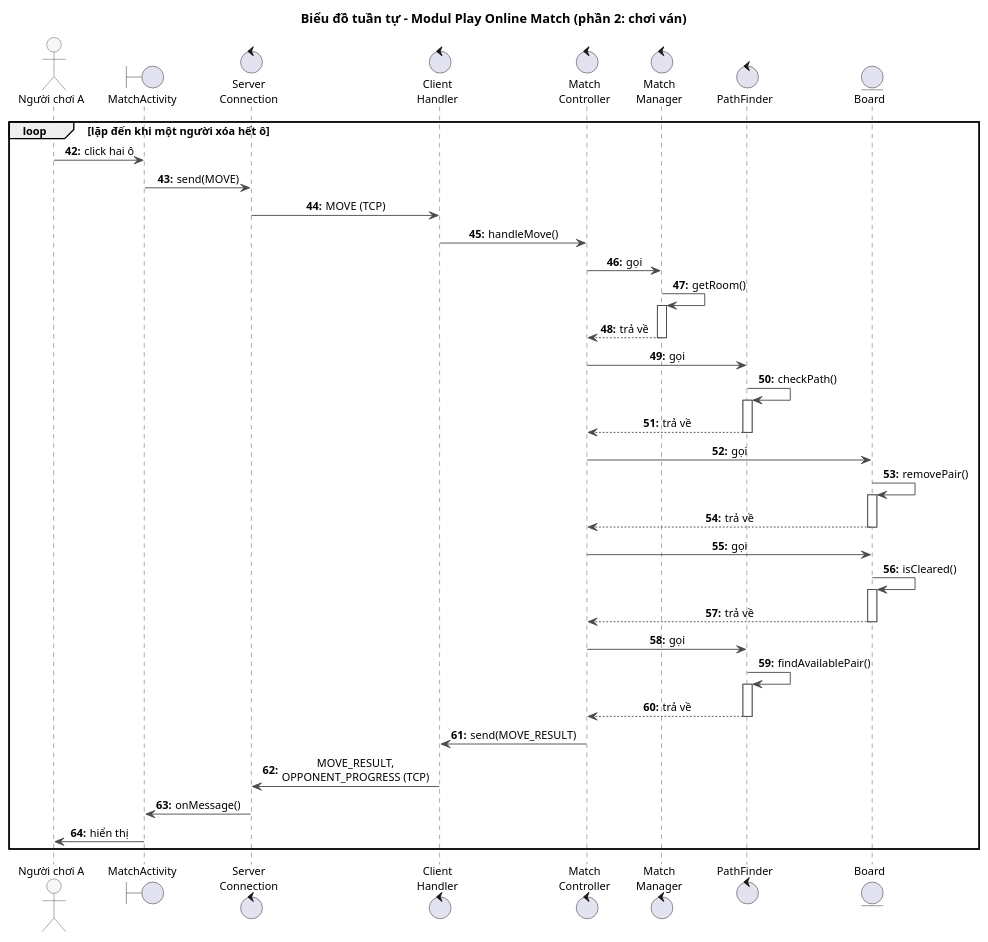
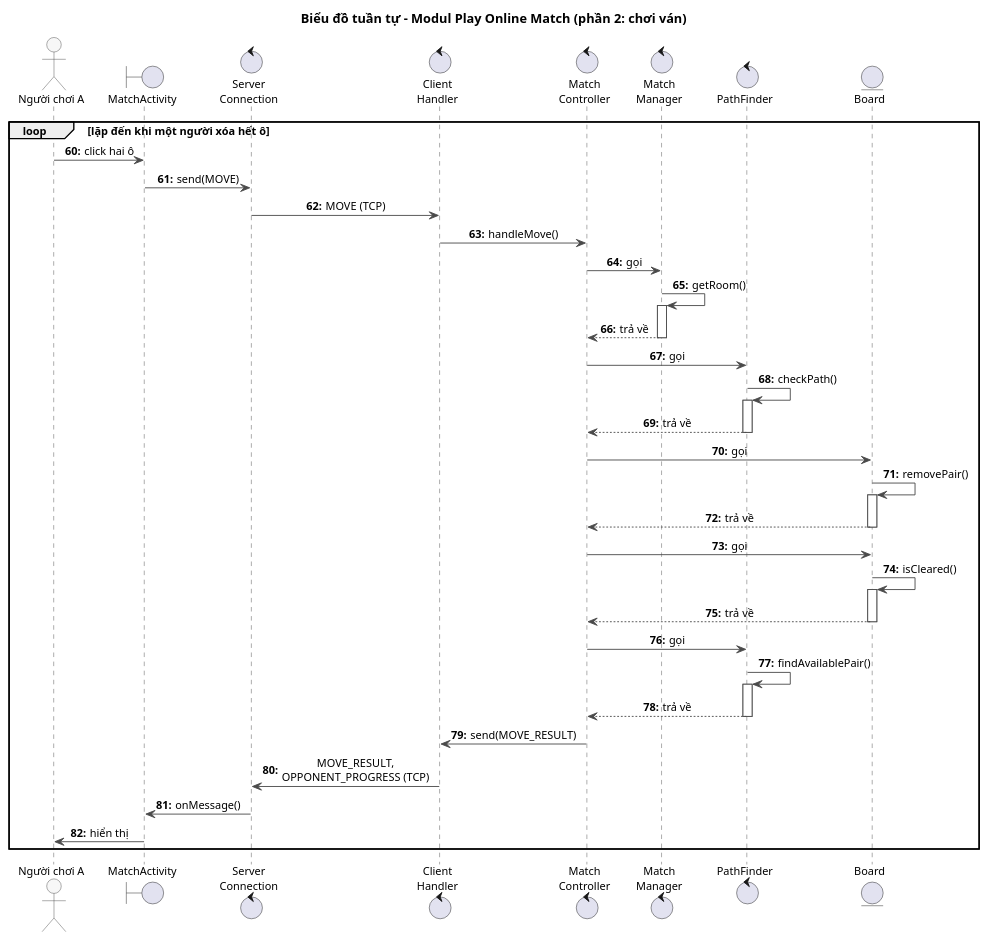
Before and after one commit to VattenL/mobile-pikachu: the diagram in docs/uml/pha3/seq-m4-2.puml, drawn with PlantUML. The commit also changed 56 other files, not shown here.

```diff
--- a/docs/uml/pha3/seq-m4-2.puml
+++ b/docs/uml/pha3/seq-m4-2.puml
@@ -1,63 +1,63 @@
 @startuml seq-m4-2
 title Biểu đồ tuần tự - Modul Play Online Match (phần 2: chơi ván)
 
 skinparam shadowing false
 skinparam defaultFontSize 12
 skinparam sequenceMessageAlign center
 skinparam responseMessageBelowArrow true
 skinparam ArrowColor #4A4A4A
 skinparam sequence {
   LifeLineBorderColor #4A4A4A
   ParticipantBorderColor #4A4A4A
   ParticipantBackgroundColor #F7F7F7
   ActorBorderColor #4A4A4A
   ActorBackgroundColor #F7F7F7
 }
 autonumber "<b>0:"
-autonumber 42 "<b>0:"
+autonumber 60 "<b>0:"
 
 actor "Người chơi A" as A
 boundary MatchActivity
 control "Server\nConnection" as ServerConnection
 control "Client\nHandler" as ClientHandler
 control "Match\nController" as MatchController
 control "Match\nManager" as MatchManager
 control PathFinder
 entity Board
 
 loop lặp đến khi một người xóa hết ô
 A -> MatchActivity : click hai ô
 MatchActivity -> ServerConnection : send(MOVE)
 ServerConnection -> ClientHandler : MOVE (TCP)
 ClientHandler -> MatchController : handleMove()
 MatchController -> MatchManager : gọi
 MatchManager -> MatchManager : getRoom()
 activate MatchManager
 MatchManager --> MatchController : trả về
 deactivate MatchManager
 MatchController -> PathFinder : gọi
 PathFinder -> PathFinder : checkPath()
 activate PathFinder
 PathFinder --> MatchController : trả về
 deactivate PathFinder
 MatchController -> Board : gọi
 Board -> Board : removePair()
 activate Board
 Board --> MatchController : trả về
 deactivate Board
 MatchController -> Board : gọi
 Board -> Board : isCleared()
 activate Board
 Board --> MatchController : trả về
 deactivate Board
 MatchController -> PathFinder : gọi
 PathFinder -> PathFinder : findAvailablePair()
 activate PathFinder
 PathFinder --> MatchController : trả về
 deactivate PathFinder
 MatchController -> ClientHandler : send(MOVE_RESULT)
 ClientHandler -> ServerConnection : MOVE_RESULT,\nOPPONENT_PROGRESS (TCP)
 ServerConnection -> MatchActivity : onMessage()
 MatchActivity -> A : hiển thị
 end
 @enduml
```
